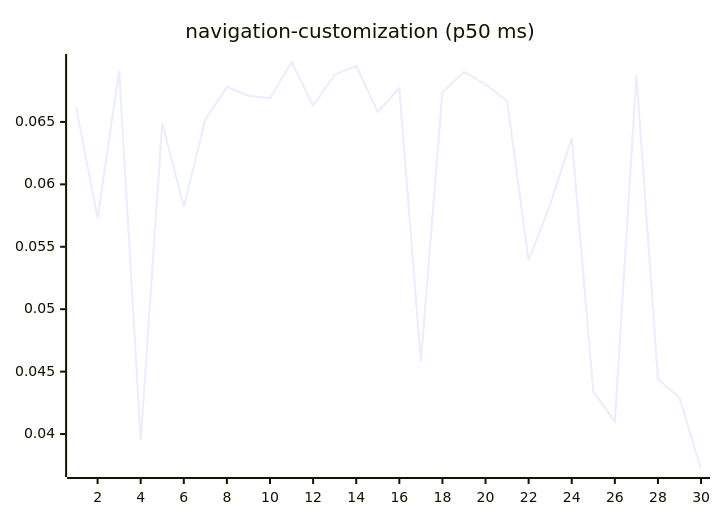
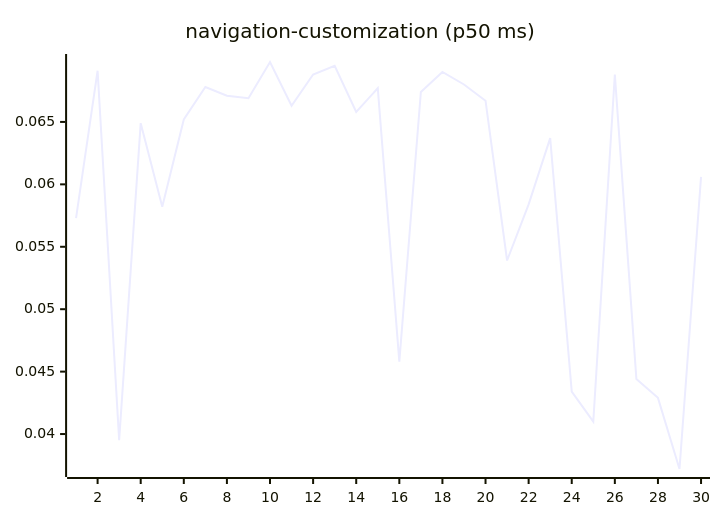
Diagram 15 of 27 in README.md (josha/Facet), drawn with Mermaid before and after one commit. The commit also changed other lines of this file and 2 other files, not shown here.

````diff
--- a/README.md
+++ b/README.md
@@ -161,6 +161,6 @@
 ```mermaid
 xychart-beta
     title "navigation-customization (p50 ms)"
     x-axis 1 --> 30
-    line [0.0662, 0.0573, 0.0691, 0.0395, 0.0649, 0.0582, 0.0652, 0.0678, 0.0671, 0.0669, 0.0698, 0.0663, 0.0688, 0.0695, 0.0658, 0.0677, 0.0458, 0.0674, 0.0690, 0.0680, 0.0667, 0.0539, 0.0584, 0.0637, 0.0434, 0.0410, 0.0688, 0.0444, 0.0429, 0.0372]
+    line [0.0573, 0.0691, 0.0395, 0.0649, 0.0582, 0.0652, 0.0678, 0.0671, 0.0669, 0.0698, 0.0663, 0.0688, 0.0695, 0.0658, 0.0677, 0.0458, 0.0674, 0.0690, 0.0680, 0.0667, 0.0539, 0.0584, 0.0637, 0.0434, 0.0410, 0.0688, 0.0444, 0.0429, 0.0372, 0.0606]
 ```
````
